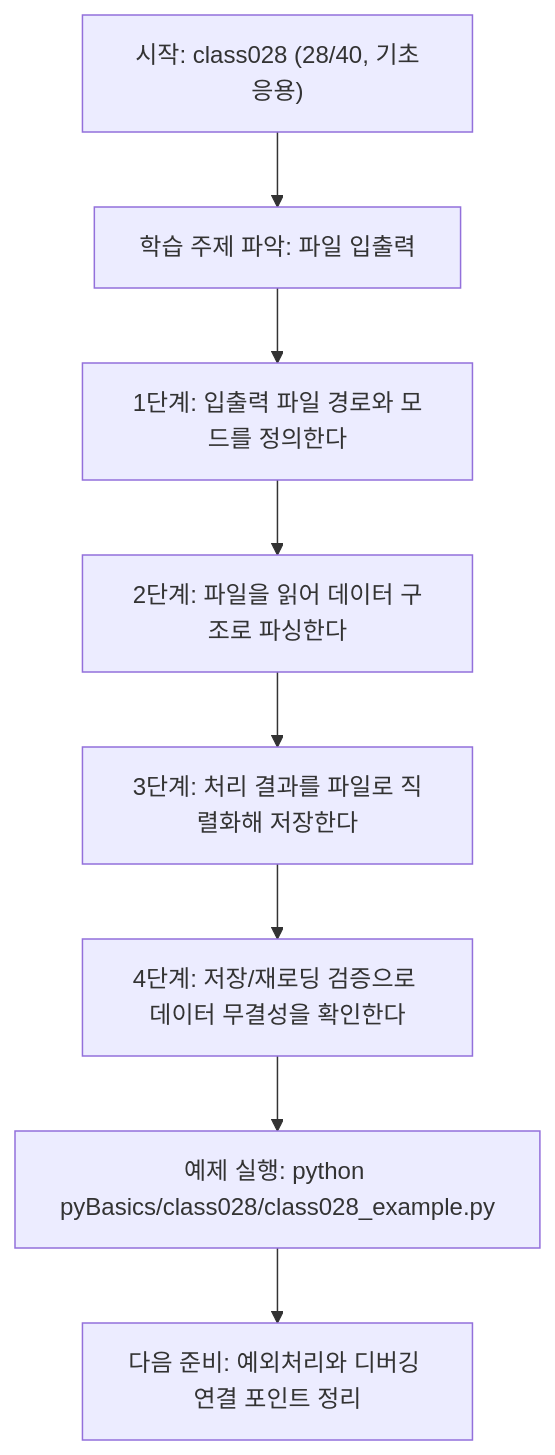
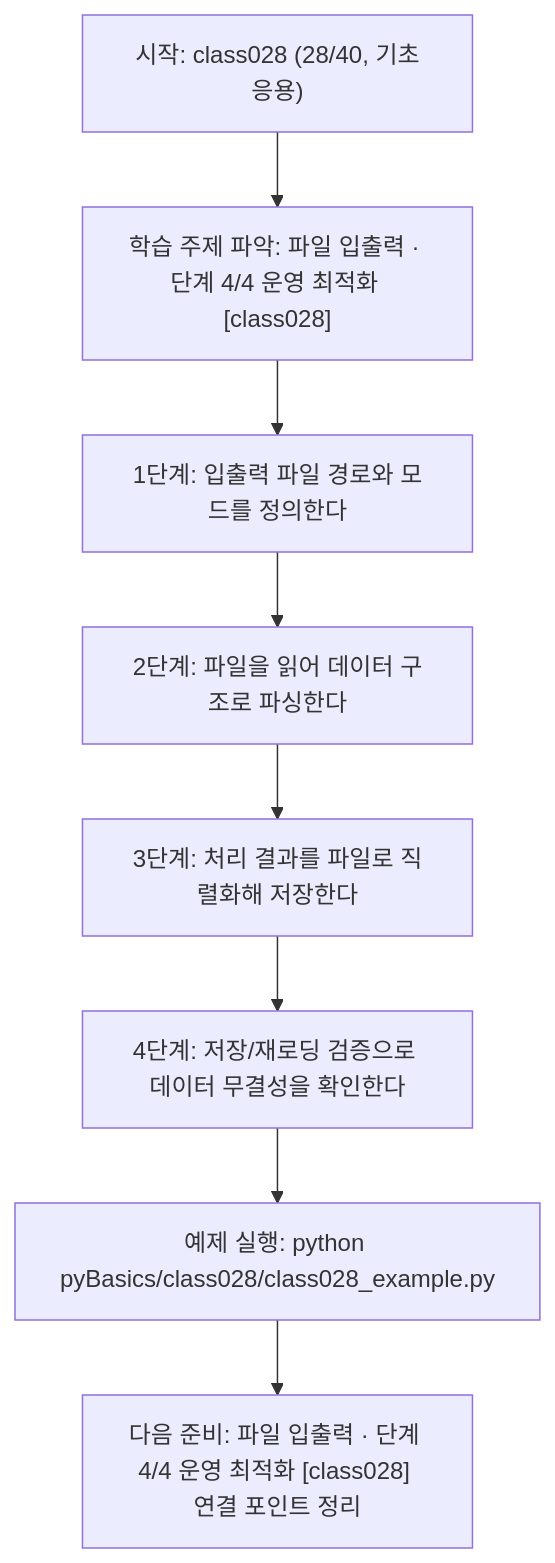
Before and after one commit to edumgt/Python-AI_Agent-Class: the diagram in pyBasics/class028/class028.md, drawn with Mermaid. The commit also changed other lines of this file and 522 other files, not shown here.

````diff
--- a/pyBasics/class028/class028.md
+++ b/pyBasics/class028/class028.md
@@ -108,18 +109,18 @@
 ```mermaid
 flowchart TD
 N1["시작: class028 (28/40, 기초응용)"]
-N2["학습 주제 파악: 파일 입출력"]
+N2["학습 주제 파악: 파일 입출력 · 단계 4/4 운영 최적화 [class028]"]
 N3["1단계: 입출력 파일 경로와 모드를 정의한다"]
 N4["2단계: 파일을 읽어 데이터 구조로 파싱한다"]
 N5["3단계: 처리 결과를 파일로 직렬화해 저장한다"]
 N6["4단계: 저장/재로딩 검증으로 데이터 무결성을 확인한다"]
 N7["예제 실행: python pyBasics/class028/class028_example.py"]
-N8["다음 준비: 예외처리와 디버깅 연결 포인트 정리"]
+N8["다음 준비: 파일 입출력 · 단계 4/4 운영 최적화 [class028] 연결 포인트 정리"]
 N1 --> N2
 N2 --> N3
 N3 --> N4
 N4 --> N5
 N5 --> N6
 N6 --> N7
 N7 --> N8
 ```
````
